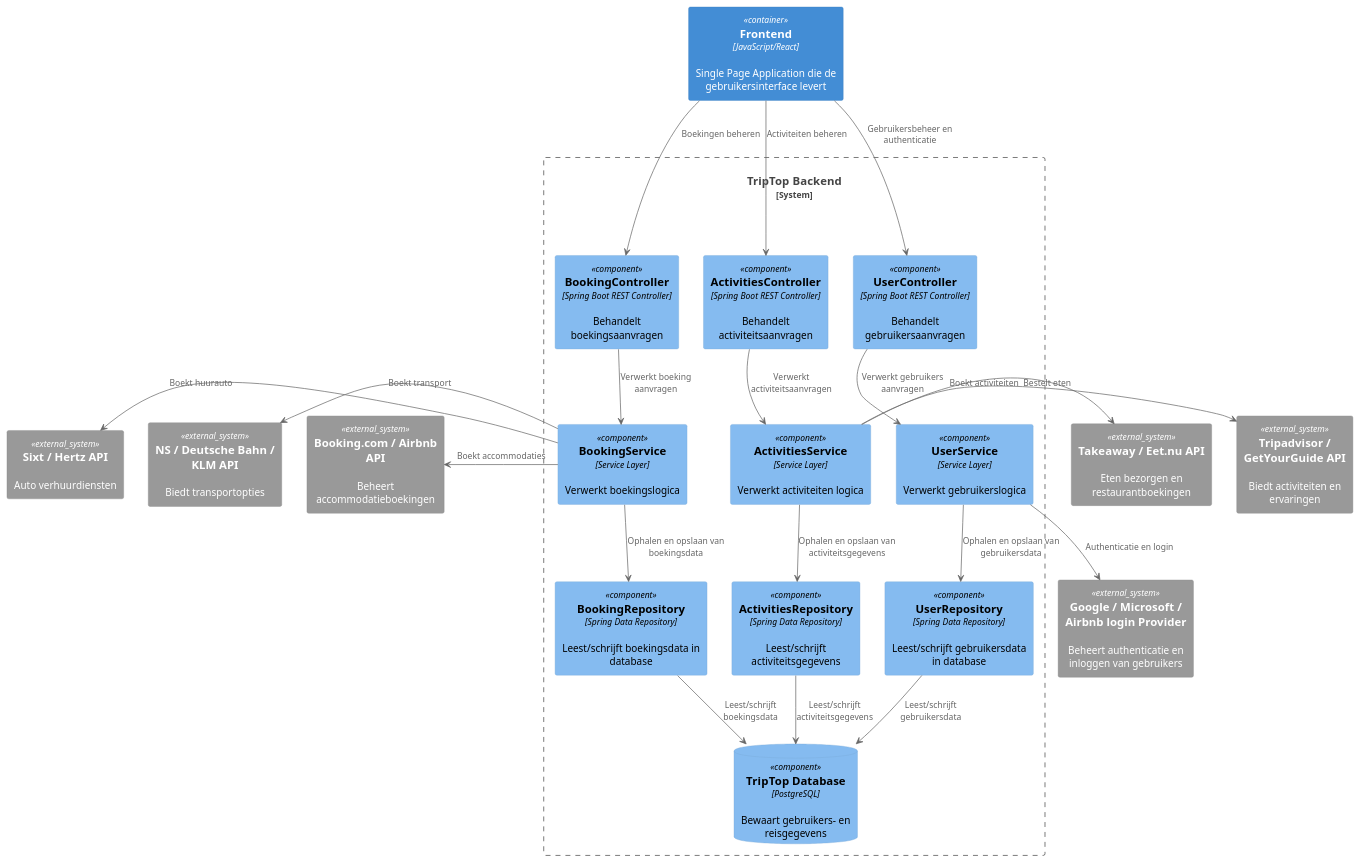
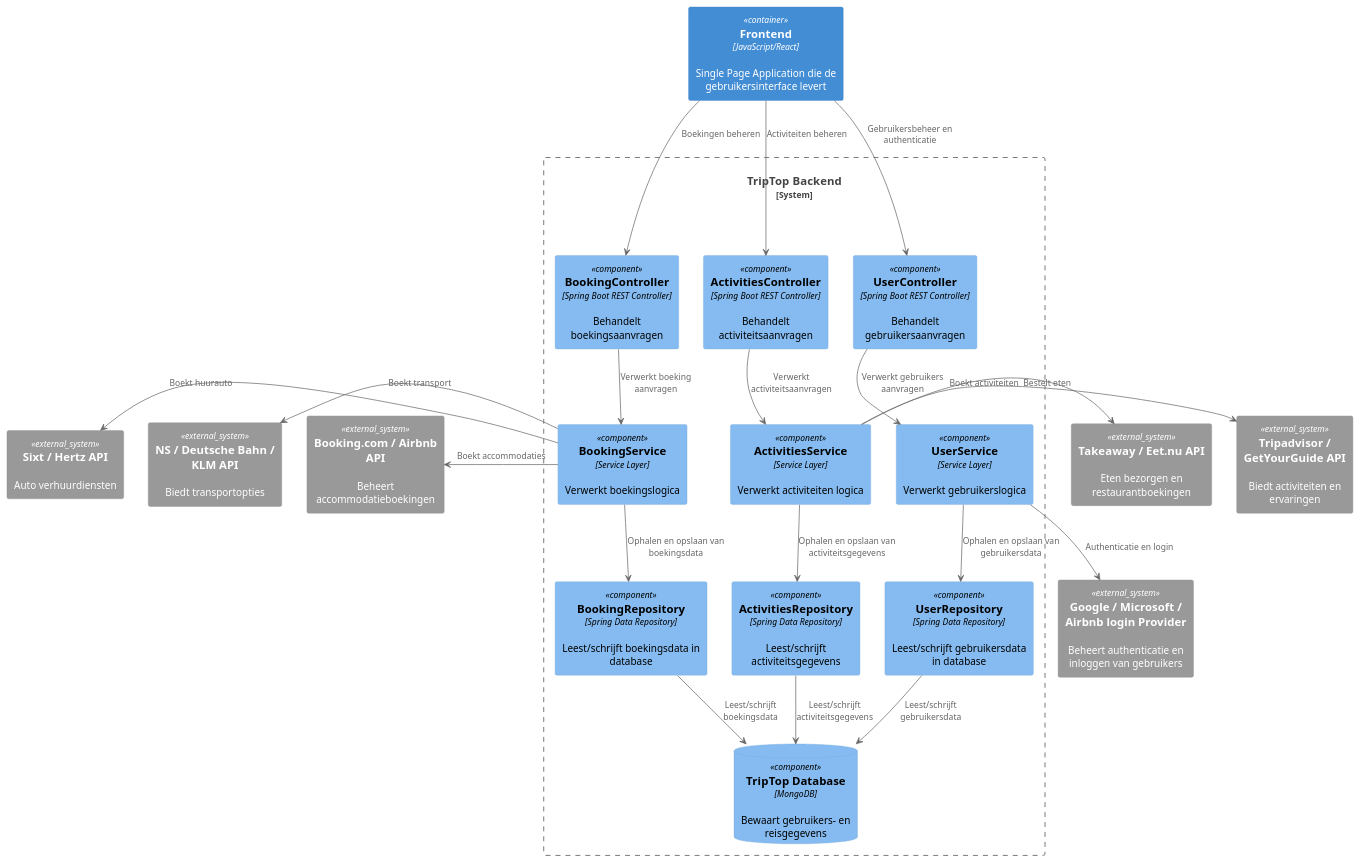
The diagram in opdracht-diagrammen/C4 Component/Component diagram - Cas.puml (AIM-ENE-feb25/triptop-groep-3), drawn with PlantUML before and after one commit.

Commit message:
Updated Component diagram

```diff
--- a/opdracht-diagrammen/C4 Component/Component diagram - Cas.puml
+++ b/opdracht-diagrammen/C4 Component/Component diagram - Cas.puml
@@ -1,49 +1,49 @@
 @startuml C4_Components
 !include https://raw.githubusercontent.com/plantuml-stdlib/C4-PlantUML/master/C4_Component.puml
 
 Container(Frontend, "Frontend", "JavaScript/React", "Single Page Application die de gebruikersinterface levert")
 
 ' Backend Componenten
 System_Boundary(Backend, "TripTop Backend") {
     Component(BookingController, "BookingController", "Spring Boot REST Controller", "Behandelt boekingsaanvragen")
     Component(BookingService, "BookingService", "Service Layer", "Verwerkt boekingslogica")
     Component(ActivitiesService, "ActivitiesService", "Service Layer", "Verwerkt activiteiten logica")
     Component(BookingRepository, "BookingRepository", "Spring Data Repository", "Leest/schrijft boekingsdata in database")
     Component(ActivitiesController, ActivitiesController,Spring Boot REST Controller, Behandelt activiteitsaanvragen)
     Component(UserController, "UserController", "Spring Boot REST Controller", "Behandelt gebruikersaanvragen")
     Component(UserService, "UserService", "Service Layer", "Verwerkt gebruikerslogica")
     Component(UserRepository, "UserRepository", "Spring Data Repository", "Leest/schrijft gebruikersdata in database")
     Component(ActivitiesRepository, ActivitiesRepository, Spring Data Repository, "Leest/schrijft activiteitsgegevens")
 
-    ComponentDb(Database, "TripTop Database", "PostgreSQL", "Bewaart gebruikers- en reisgegevens")
+    ComponentDb(Database, "TripTop Database", "MongoDB", "Bewaart gebruikers- en reisgegevens")
 }
 
 ' Externe systemen
 System_Ext(BookingAPI, "Booking.com / Airbnb API", "Beheert accommodatieboekingen")
 System_Ext(TransportAPI, "NS / Deutsche Bahn / KLM API", "Biedt transportopties")
 System_Ext(CarRentAPI, "Sixt / Hertz API", "Auto verhuurdiensten")
 System_Ext(ActivitiesAPI, "Tripadvisor / GetYourGuide API", "Biedt activiteiten en ervaringen")
 System_Ext(FoodAPI, "Takeaway / Eet.nu API", "Eten bezorgen en restaurantboekingen")
 System_Ext(IdProviderAPI, "Google / Microsoft / Airbnb login Provider", "Beheert authenticatie en inloggen van gebruikers")
 
 ' Relaties
 BookingController -down-> BookingService : "Verwerkt boeking aanvragen"
 BookingService -down-> BookingRepository : "Ophalen en opslaan van boekingsdata"
 BookingRepository -down-> Database : "Leest/schrijft boekingsdata"
 BookingService -left-> BookingAPI : "Boekt accommodaties"
 BookingService -left-> TransportAPI : "Boekt transport"
 BookingService -left-> CarRentAPI : "Boekt huurauto"
 ActivitiesService -> FoodAPI : "Bestelt eten"
 Frontend -down-> BookingController : "Boekingen beheren"
 Frontend -down-> UserController : "Gebruikersbeheer en authenticatie"
 Frontend -down-> ActivitiesController : "Activiteiten beheren"
 ActivitiesService -> ActivitiesAPI : "Boekt activiteiten"
 ActivitiesController -down-> ActivitiesService : "Verwerkt activiteitsaanvragen"
 UserController -down-> UserService : "Verwerkt gebruikers aanvragen"
 UserService -down-> UserRepository : "Ophalen en opslaan van gebruikersdata"
 UserRepository -down-> Database : "Leest/schrijft gebruikersdata"
 UserService -down-> IdProviderAPI : "Authenticatie en login"
 ActivitiesService -down-> ActivitiesRepository : "Ophalen en opslaan van activiteitsgegevens"
 ActivitiesRepository -down-> Database : "Leest/schrijft activiteitsgegevens"
 
 @enduml
```
